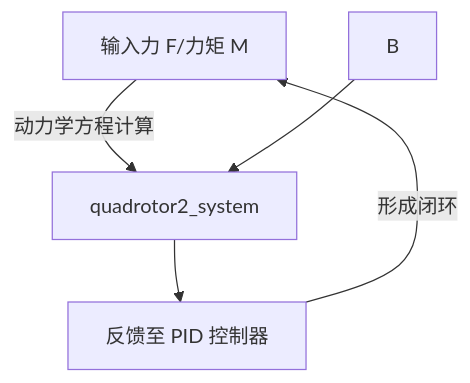
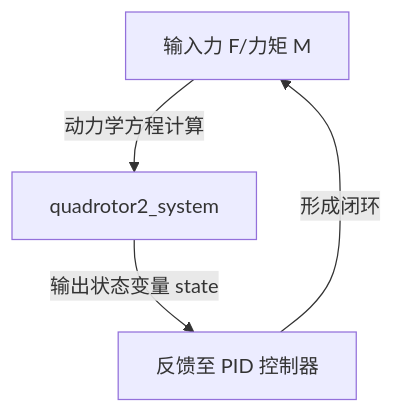
One commit to chao-8xx/stackedit-app-data changed the diagram in 四旋翼无人机轨迹二维跟踪控制.md. Above: the diagram before and after it, drawn with Mermaid. The commit also changed other lines of this file, not shown here.

````diff
--- a/四旋翼无人机轨迹二维跟踪控制.md
+++ b/四旋翼无人机轨迹二维跟踪控制.md
@@ -109,9 +109,8 @@
 ```mermaid
    graph TD
     A[输入力 F/力矩 M] --> |动力学方程计算|C
-    B --> C[quadrotor2_system]
-    
-    C --> D[反馈至 PID 控制器]
+    C[quadrotor2_system]
+    C --> |输出状态变量 state|D[反馈至 PID 控制器]
     D -->|形成闭环| A
 	
 ```
````
